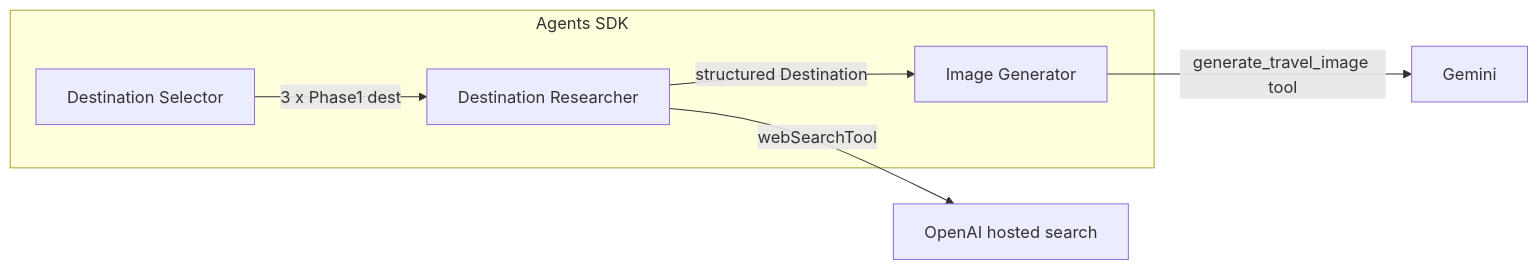
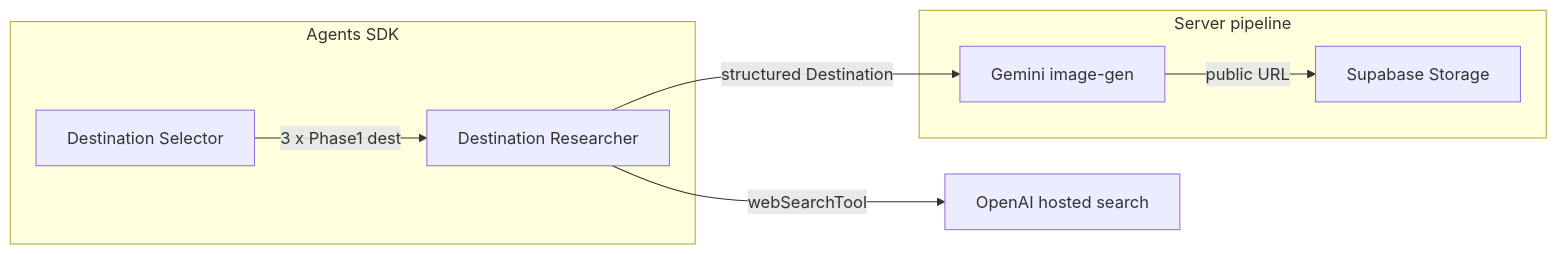
Before and after one commit to Mangesh2004/wanderlust: the diagram in README.md, drawn with Mermaid. The commit also changed other lines of this file and 28 other files, not shown here.

````diff
--- a/README.md
+++ b/README.md
@@ -14,12 +14,15 @@
 ```mermaid
 flowchart LR
   subgraph agents [Agents SDK]
     A[Destination Selector]
     B[Destination Researcher]
-    C[Image Generator]
+  end
+  subgraph images [Server pipeline]
+    I[Gemini image-gen]
+    S[Supabase Storage]
   end
   A -->|3 x Phase1 dest| B
-  B -->|structured Destination| C
-  C -->|generate_travel_image tool| G[Gemini]
+  B -->|structured Destination| I
+  I -->|public URL| S
   B -->|webSearchTool| W[OpenAI hosted search]
 ```
````
